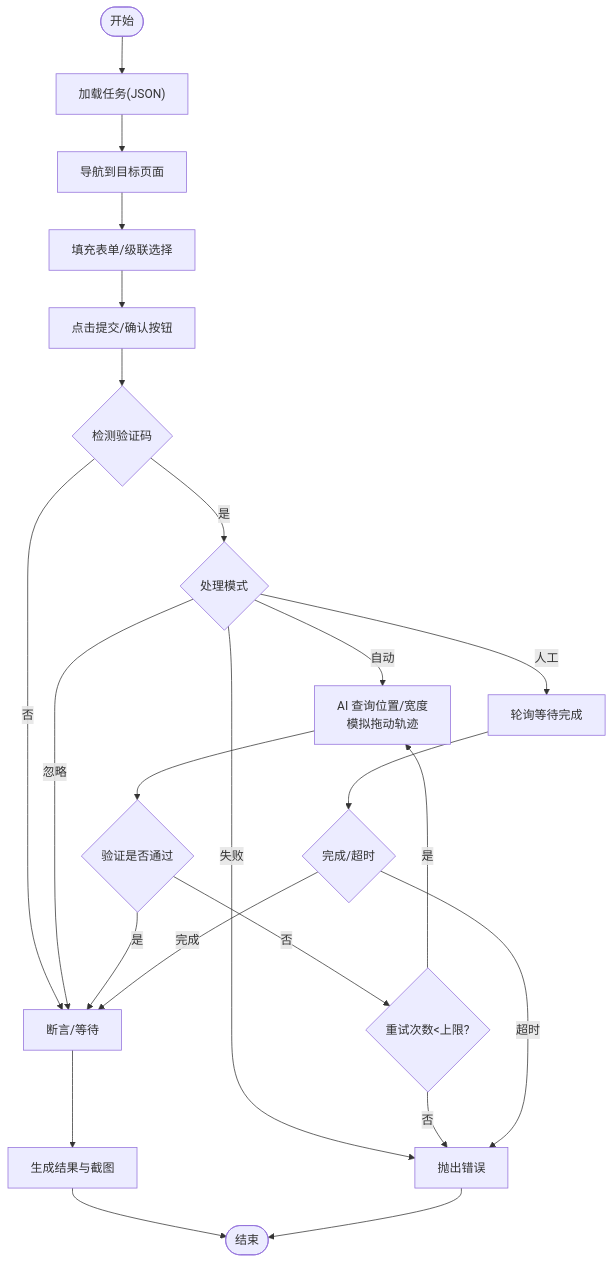
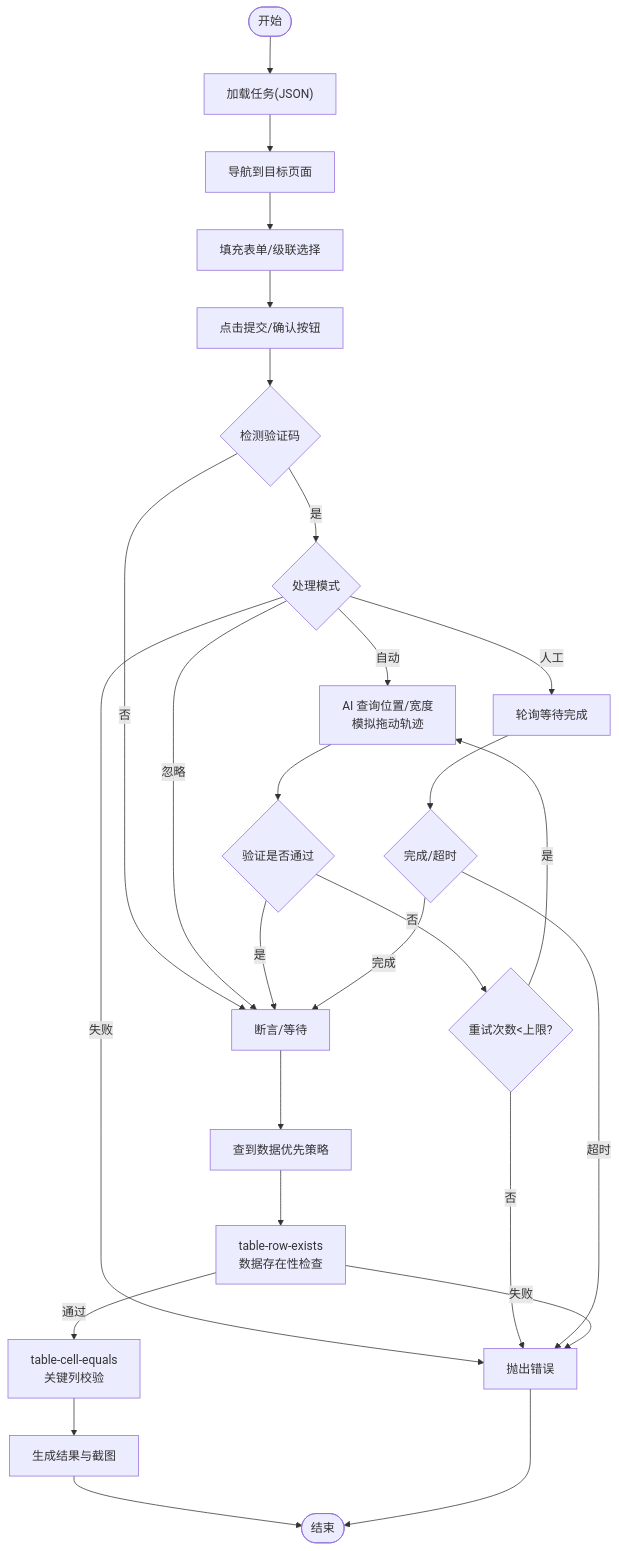
The third of 4 diagrams in .qoder/repowiki/zh/content/测试规范/测试自动化实施指南.md (Jiane-EJ/playwright-mind), drawn with Mermaid before and after one commit. The commit also changed other lines of this file and 7 other files, not shown here.

````diff
--- a/.qoder/repowiki/zh/content/测试规范/测试自动化实施指南.md
+++ b/.qoder/repowiki/zh/content/测试规范/测试自动化实施指南.md
@@ -188,25 +195,29 @@
 ```mermaid
 flowchart TD
 Start(["开始"]) --> Load["加载任务(JSON)"]
 Load --> Nav["导航到目标页面"]
 Nav --> Fill["填充表单/级联选择"]
 Fill --> Action["点击提交/确认按钮"]
 Action --> Captcha{"检测验证码"}
 Captcha --> |否| Assert["断言/等待"]
 Captcha --> |是| Mode{"处理模式"}
 Mode --> |自动| Auto["AI 查询位置/宽度<br/>模拟拖动轨迹"]
 Mode --> |人工| Manual["轮询等待完成"]
 Mode --> |失败| Fail["抛出错误"]
 Mode --> |忽略| Assert
 Auto --> Verify{"验证是否通过"}
 Verify --> |是| Assert
 Verify --> |否| Retry{"重试次数<上限?"}
 Retry --> |是| Auto
 Retry --> |否| Fail
 Manual --> Done{"完成/超时"}
 Done --> |完成| Assert
 Done --> |超时| Fail
-Assert --> Save["生成结果与截图"]
+Assert --> Priority["查到数据优先策略"]
+Priority --> DataCheck["table-row-exists<br/>数据存在性检查"]
+DataCheck --> |通过| KeyCols["table-cell-equals<br/>关键列校验"]
+DataCheck --> |失败| Fail
+KeyCols --> Save["生成结果与截图"]
 Save --> End(["结束"])
 Fail --> End
 ```
````
